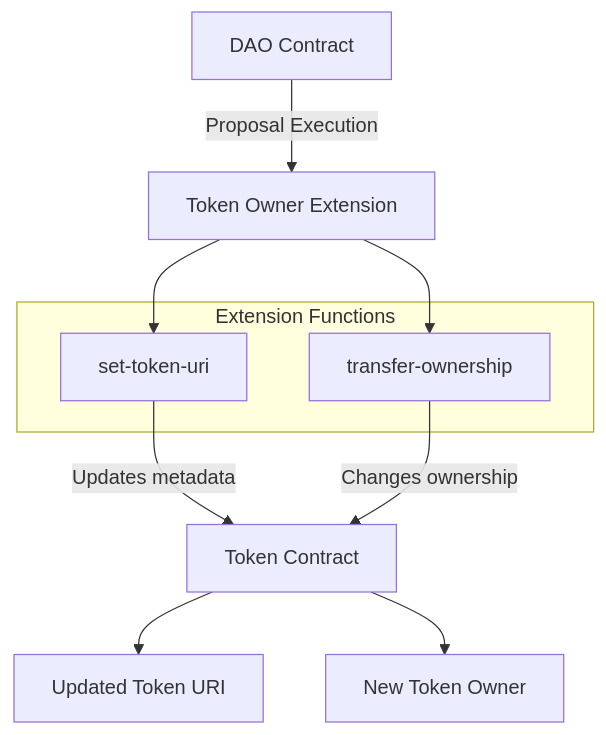
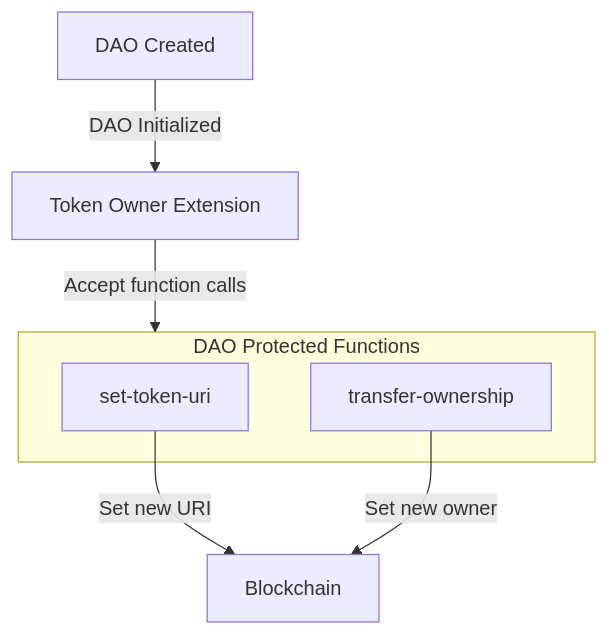
Before and after one commit to aibtcdev/aibtcdev-docs: the diagram in aibtc-contracts/dao-extensions/token-owner.md, drawn with Mermaid. The commit also changed other lines of this file and 12 other files, not shown here.

````diff
--- a/aibtc-contracts/dao-extensions/token-owner.md
+++ b/aibtc-contracts/dao-extensions/token-owner.md
@@ -27,21 +32,16 @@
 ```mermaid
 flowchart TD
-    A["DAO Contract"]
+    A["DAO Created"]
     B["Token Owner Extension"]
-    C["Token Contract"]
-    D["Updated Token URI"]
-    E["New Token Owner"]
-    
-    subgraph Extension Functions
+    C["Blockchain"]
+
+    subgraph UF["DAO Protected Functions"]
         BA["set-token-uri"]
         BB["transfer-ownership"]
     end
-    
-    A -->|"Proposal Execution"| B
-    B --> BA
-    B --> BB
-    BA -->|"Updates metadata"| C
-    BB -->|"Changes ownership"| C
-    C --> D
-    C --> E
+
+    A -->|"DAO Initialized"| B
+    B -->|"Accept function calls"| UF
+    BA -->|"Set new URI"| C
+    BB -->|"Set new owner"| C
 ```
````
